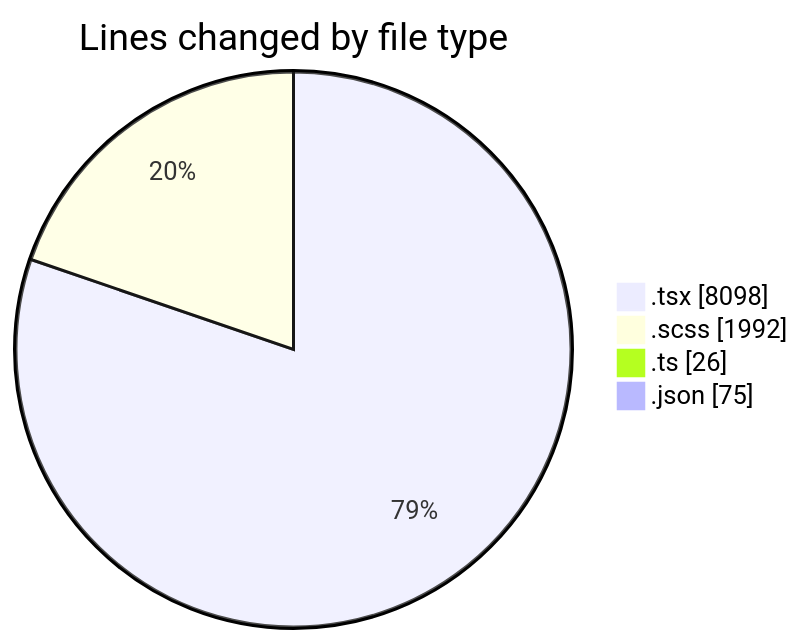
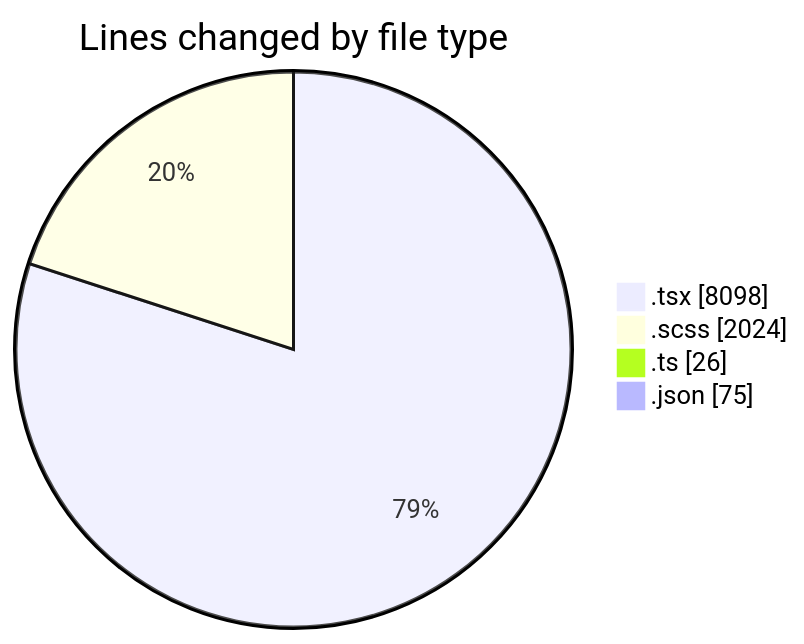
The first of 2 diagrams in 2025-04-09/cda/README.md (momahboobian/code-tracking), drawn with Mermaid before and after one commit. The commit also changed other lines of this file and 1 other file, not shown here.

````diff
--- a/2025-04-09/cda/README.md
+++ b/2025-04-09/cda/README.md
@@ -48,8 +48,8 @@
 ```mermaid
 pie showData
 title Lines changed by file type
 ".tsx" : 8098
-".scss" : 1992
+".scss" : 2024
 ".ts" : 26
 ".json" : 75
 ```
````
